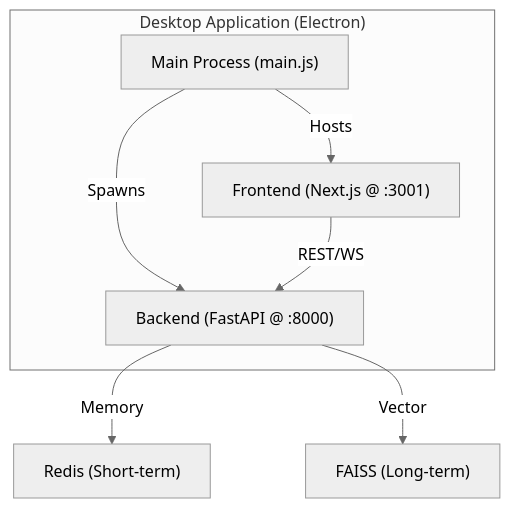
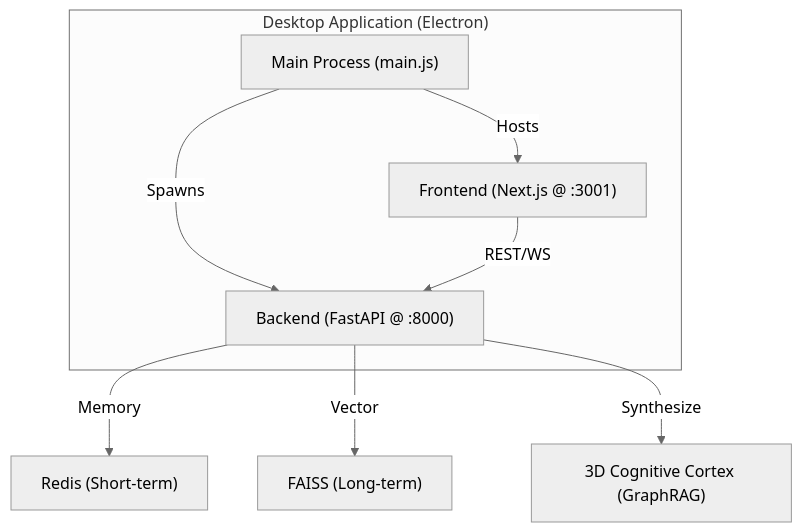
One commit to VanshKaushal/AI-orchestra changed the diagram in README.md. Above: the diagram before and after it, drawn with Mermaid (neutral theme). The commit also changed other lines of this file and 38 other files, not shown here.

````diff
--- a/README.md
+++ b/README.md
@@ -28,14 +30,15 @@
 ```mermaid
 graph TD
     subgraph "Desktop Application (Electron)"
         Main["Main Process (main.js)"]
         UI["Frontend (Next.js @ :3001)"]
         API["Backend (FastAPI @ :8000)"]
     end
 
     Main -->|Spawns| API
     Main -->|Hosts| UI
     UI -->|REST/WS| API
     API -->|Memory| Redis["Redis (Short-term)"]
     API -->|Vector| FAISS["FAISS (Long-term)"]
+    API -->|Synthesize| Graph["3D Cognitive Cortex (GraphRAG)"]
 ```
````
